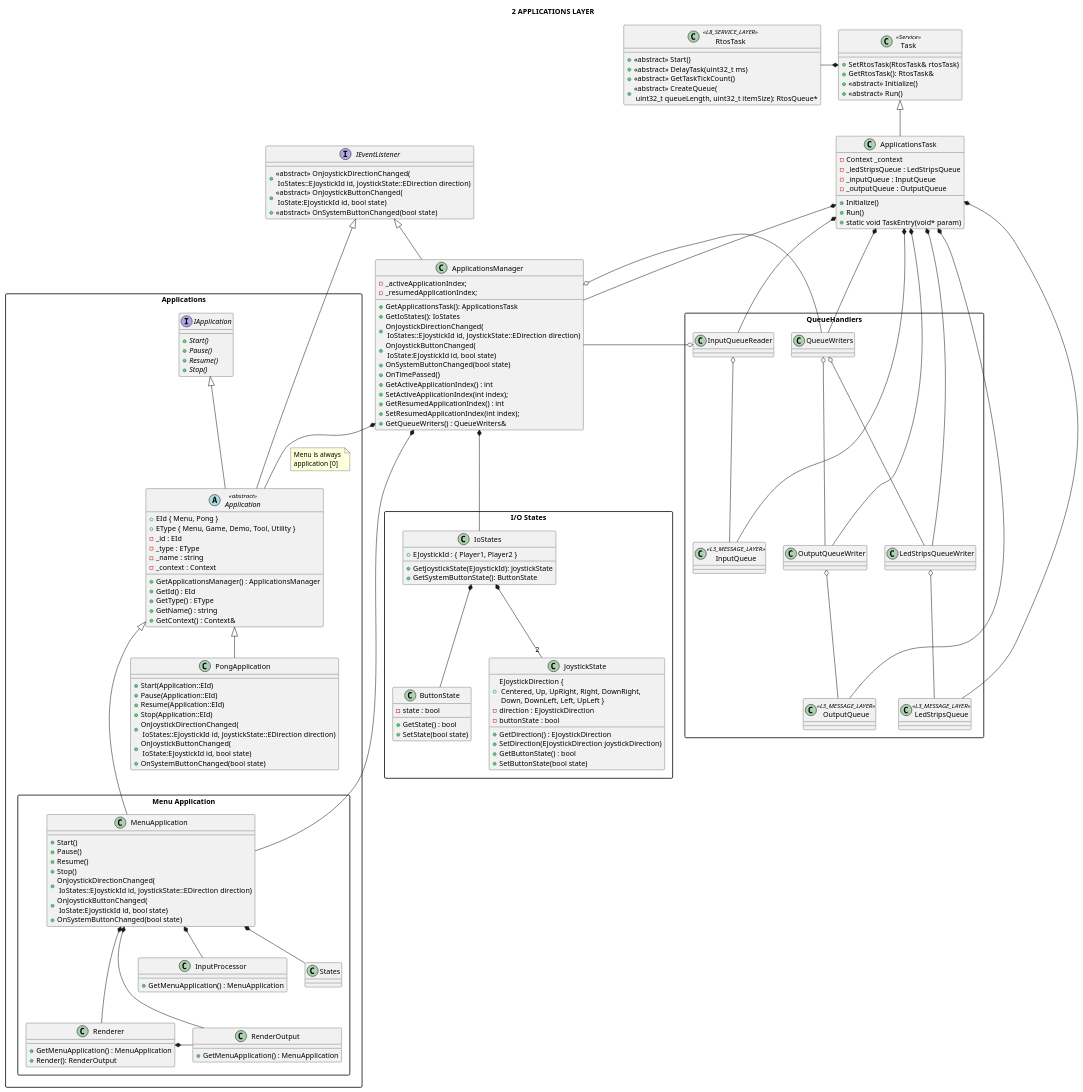
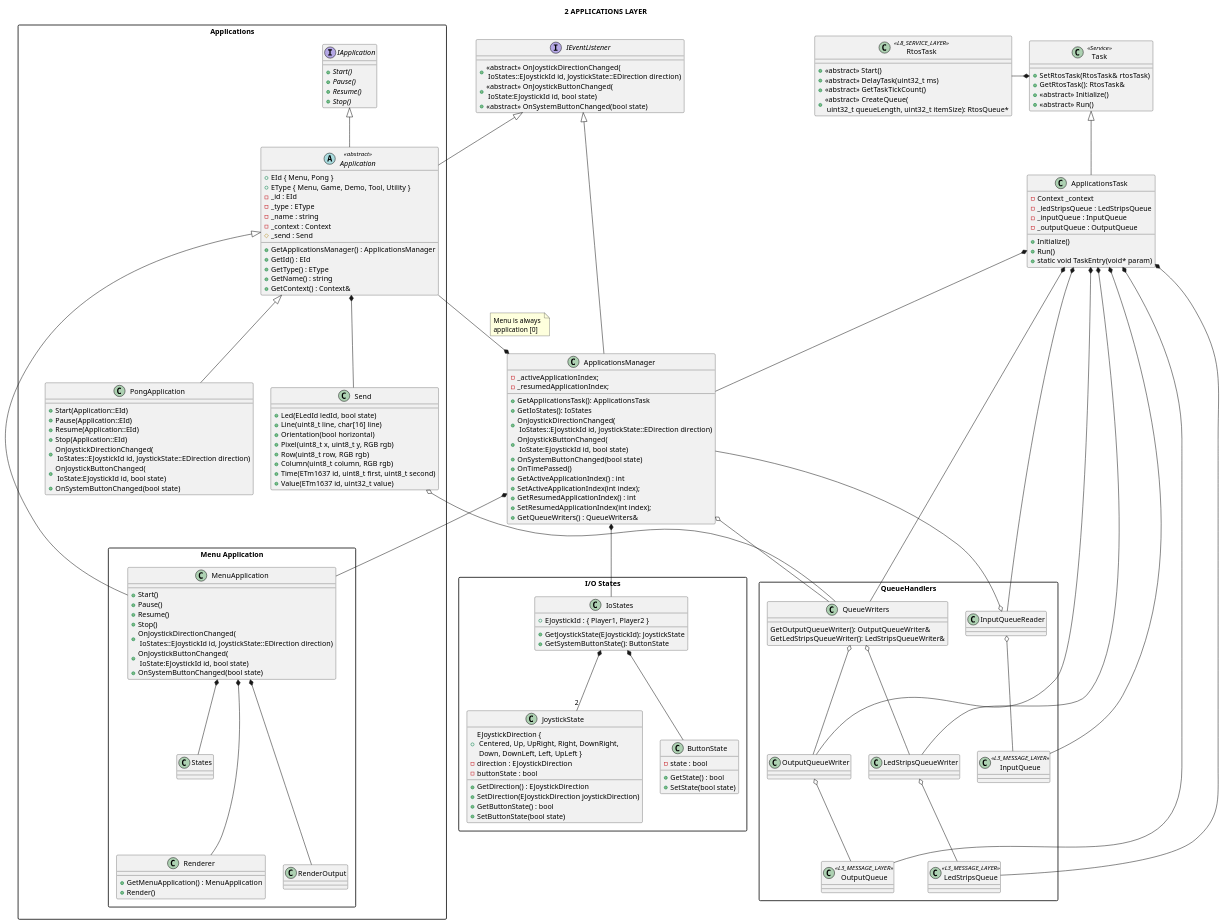
The diagram in Docs/Software Design/Layers/L2_applications_layer.puml (michelkeijzers/fraxis), drawn with PlantUML before and after one commit. The commit also changed 39 other files, not shown here.

Commit message:
Fixed 16-20 char LCD in menu, split L8/L9

```diff
--- a/Docs/Software Design/Layers/L2_applications_layer.puml
+++ b/Docs/Software Design/Layers/L2_applications_layer.puml
@@ -66,7 +66,8 @@
 {
     class QueueWriters
     {
-
+        GetOutputQueueWriter(): OutputQueueWriter& 
+        GetLedStripsQueueWriter(): LedStripsQueueWriter&
     }
 
     class InputQueueReader
@@ -171,10 +172,30 @@
         - _type : EType
         - _name : string
         - _context : Context
+        # _send : Send
     }
 
     Application -u-|> IApplication
     Application -u-|> IEventListener
+
+    class Send
+    {
+        'LEDs
+        + Led(ELedId ledId, bool state)
+        'LCD2004
+        + Line(uint8_t line, char[16] line)
+        'LED Strips
+        + Orientation(bool horizontal)
+        + Pixel(uint8_t x, uint8_t y, RGB rgb)
+        + Row(uint8_t row, RGB rgb)
+        + Column(uint8_t column, RGB rgb)
+        'TM1637
+        + Time(ETm1637 id, uint8_t first, uint8_t second)
+        + Value(ETm1637 id, uint32_t value)
+    }
+    Send o-- QueueWriters
+
+    Application *-- Send
 
     package "Menu Application" as MenuApplicationPackage
     {
@@ -190,11 +211,6 @@
             + OnSystemButtonChanged(bool state)
         }
 
-        class InputProcessor 
-        {
-            + GetMenuApplication() : MenuApplication
-        }
-
         class States
         {
 
@@ -203,17 +219,9 @@
         class Renderer 
         {
             + GetMenuApplication() : MenuApplication
-            + Render(): RenderOutput
+            + Render()
         }
 
-        class RenderOutput
-        {
-            + GetMenuApplication() : MenuApplication
-        }
-
-        Renderer *- RenderOutput
-        
-        MenuApplication *-- InputProcessor
         MenuApplication *-- States
         MenuApplication *--- Renderer
         MenuApplication *--- RenderOutput
```
